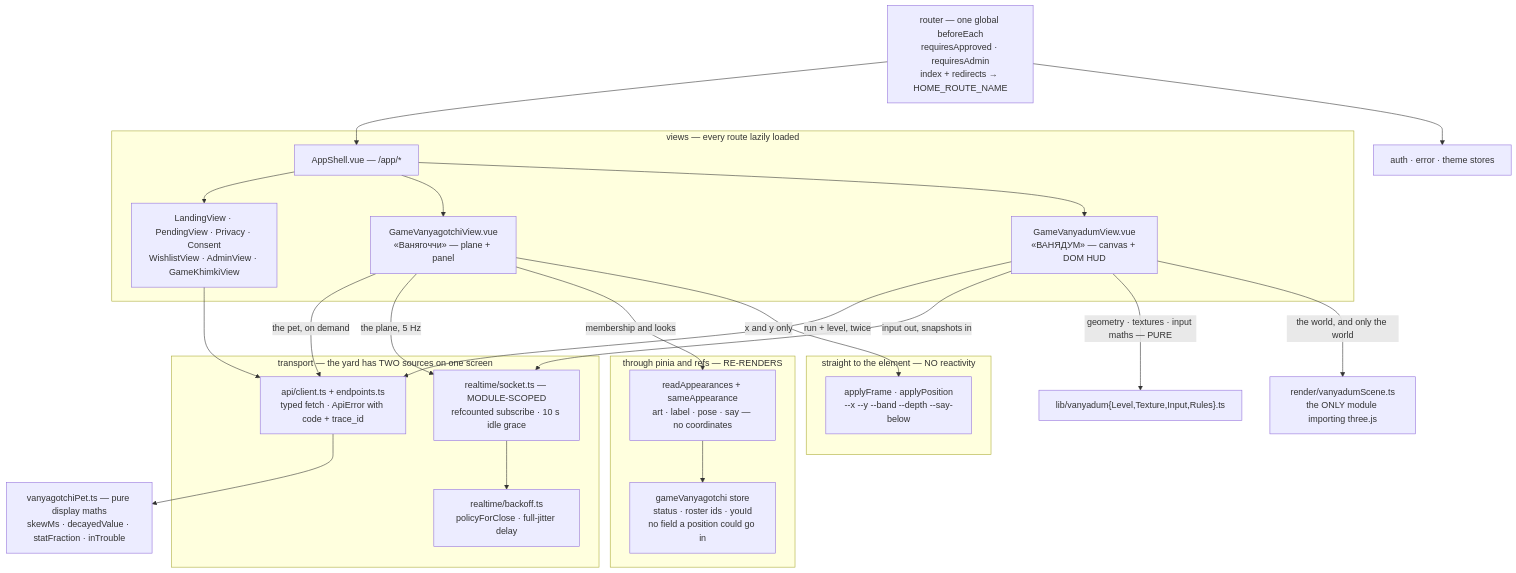
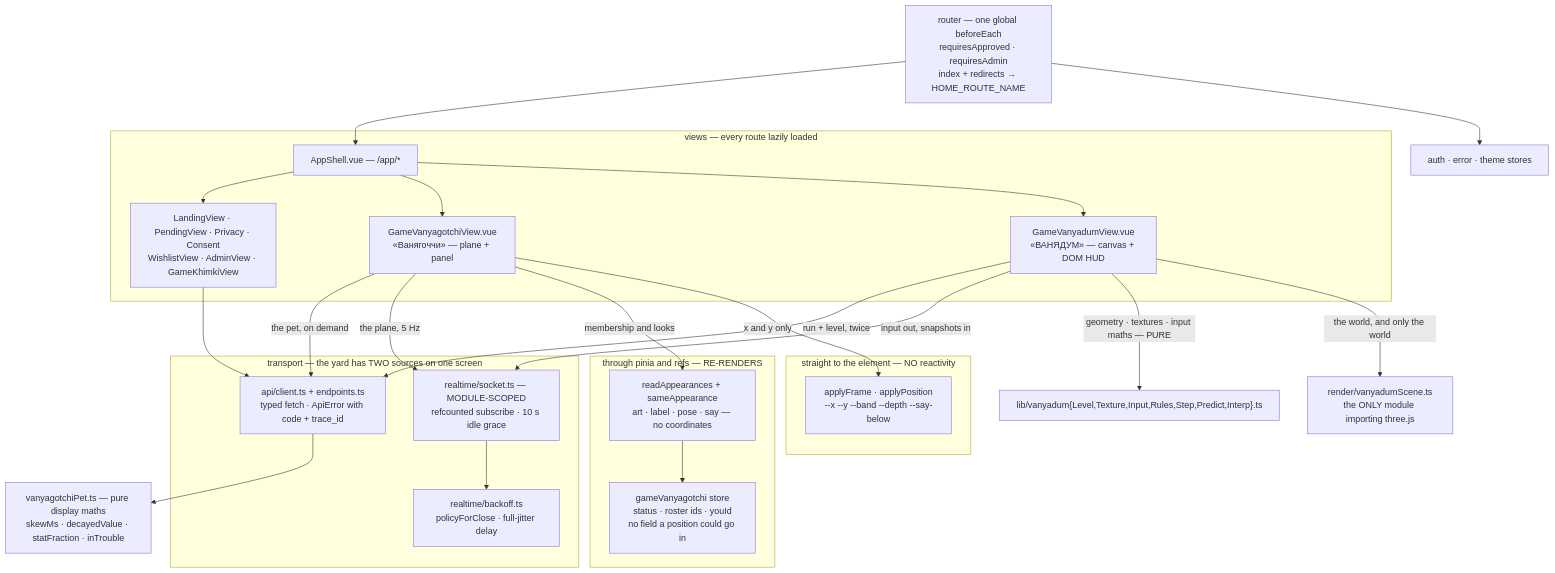
Before and after one commit to SergeyZSpb/psycho-space: diagram 11 of 12 in docs/ARCHITECTURE.md, drawn with Mermaid. The commit also changed other lines of this file and 5 other files, not shown here.

````diff
--- a/docs/ARCHITECTURE.md
+++ b/docs/ARCHITECTURE.md
@@ -419,42 +419,42 @@
 ```mermaid
 flowchart TB
     ROUTER["router — one global beforeEach<br/>requiresApproved · requiresAdmin<br/>index + redirects → HOME_ROUTE_NAME"]
 
     subgraph routed["views — every route lazily loaded"]
         SHELL["AppShell.vue — /app/*"]
         OTHER["LandingView · PendingView · Privacy · Consent<br/>WishlistView · AdminView · GameKhimkiView"]
         V["GameVanyagotchiView.vue<br/>«Ванягоччи» — plane + panel"]
         D["GameVanyadumView.vue<br/>«ВАНЯДУМ» — canvas + DOM HUD"]
     end
 
     subgraph net["transport — the yard has TWO sources on one screen"]
         HTTPC["api/client.ts + endpoints.ts<br/>typed fetch · ApiError with code + trace_id"]
         SOCK["realtime/socket.ts — MODULE-SCOPED<br/>refcounted subscribe · 10 s idle grace"]
         BACK["realtime/backoff.ts<br/>policyForClose · full-jitter delay"]
     end
 
     PET["vanyagotchiPet.ts — pure display maths<br/>skewMs · decayedValue · statFraction · inTrouble"]
 
     subgraph react["through pinia and refs — RE-RENDERS"]
         LOOKS["readAppearances + sameAppearance<br/>art · label · pose · say — no coordinates"]
         YARD["gameVanyagotchi store<br/>status · roster ids · youId<br/>no field a position could go in"]
     end
 
     subgraph imper["straight to the element — NO reactivity"]
         POS["applyFrame · applyPosition<br/>--x --y --band --depth --say-below"]
     end
 
     GLOBAL["auth · error · theme stores"]
 
     ROUTER --> SHELL --> OTHER & V & D
     ROUTER --> GLOBAL
     OTHER --> HTTPC
     V -- "the pet, on demand" --> HTTPC --> PET
     V -- "the plane, 5 Hz" --> SOCK --> BACK
     V -- "membership and looks" --> LOOKS --> YARD
     V -- "x and y only" --> POS
     D -- "run + level, twice" --> HTTPC
     D -- "input out, snapshots in" --> SOCK
-    D -- "geometry · textures · input maths — PURE" --> PURE["lib/vanyadum{Level,Texture,Input,Rules}.ts"]
+    D -- "geometry · textures · input maths — PURE" --> PURE["lib/vanyadum{Level,Texture,Input,Rules,Step,Predict,Interp}.ts"]
     D -- "the world, and only the world" --> GL["render/vanyadumScene.ts<br/>the ONLY module importing three.js"]
 ```
````
